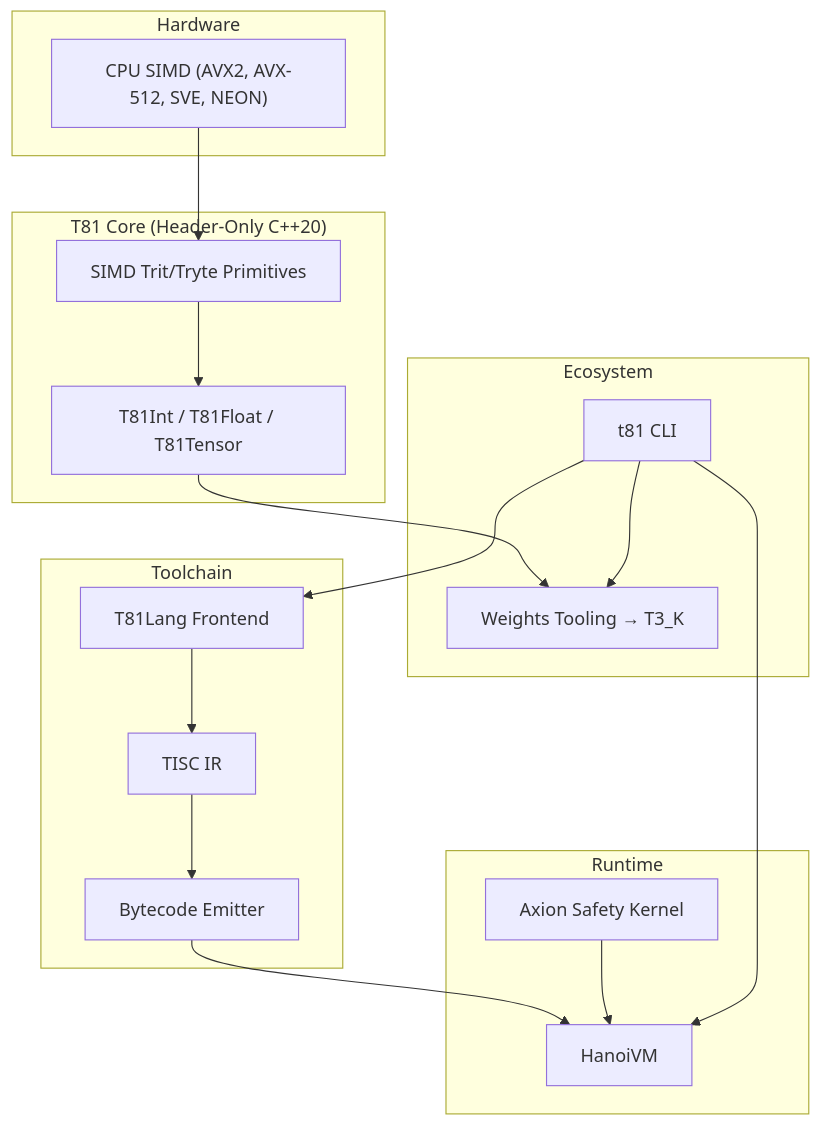
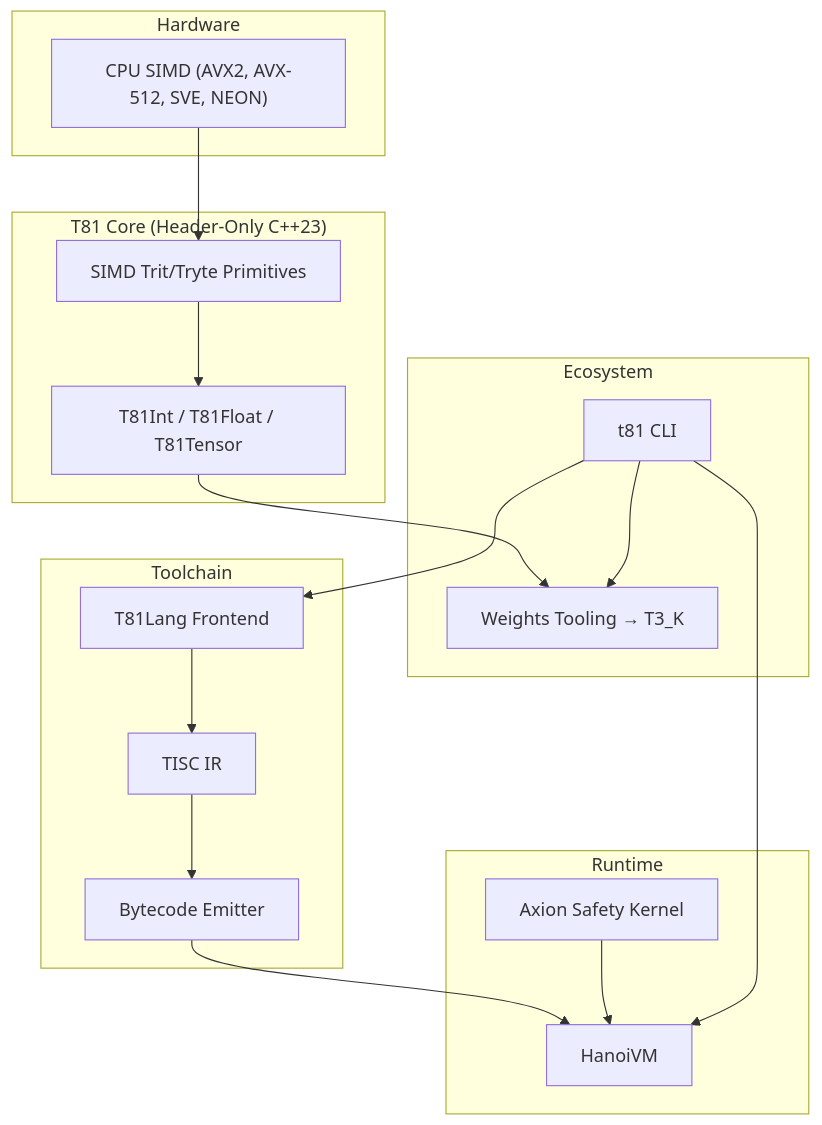
Before and after one commit to ryansctt1994-sudo/t81-foundation: the diagram in README.md, drawn with Mermaid. The commit also changed other lines of this file and 32 other files, not shown here.

````diff
--- a/README.md
+++ b/README.md
@@ -66,41 +66,41 @@
 ```mermaid
 graph TD
     subgraph "Hardware"
         A["CPU SIMD (AVX2, AVX-512, SVE, NEON)"]
     end
 
-    subgraph "T81 Core (Header-Only C++20)"
+    subgraph "T81 Core (Header-Only C++23)"
         B["T81Int / T81Float / T81Tensor"]
         C["SIMD Trit/Tryte Primitives"]
     end
 
     subgraph "Toolchain"
         E["T81Lang Frontend"]
         F["TISC IR"]
         G["Bytecode Emitter"]
     end
 
     subgraph "Runtime"
         H["HanoiVM"]
         I["Axion Safety Kernel"]
     end
 
     subgraph "Ecosystem"
         J["t81 CLI"]
         K["Weights Tooling → T3_K"]
     end
 
     A --> C
     C --> B
     B --> K
 
     E --> F
     F --> G
     G --> H
 
     I --> H
 
     J --> E
     J --> H
     J --> K
 ```
````
